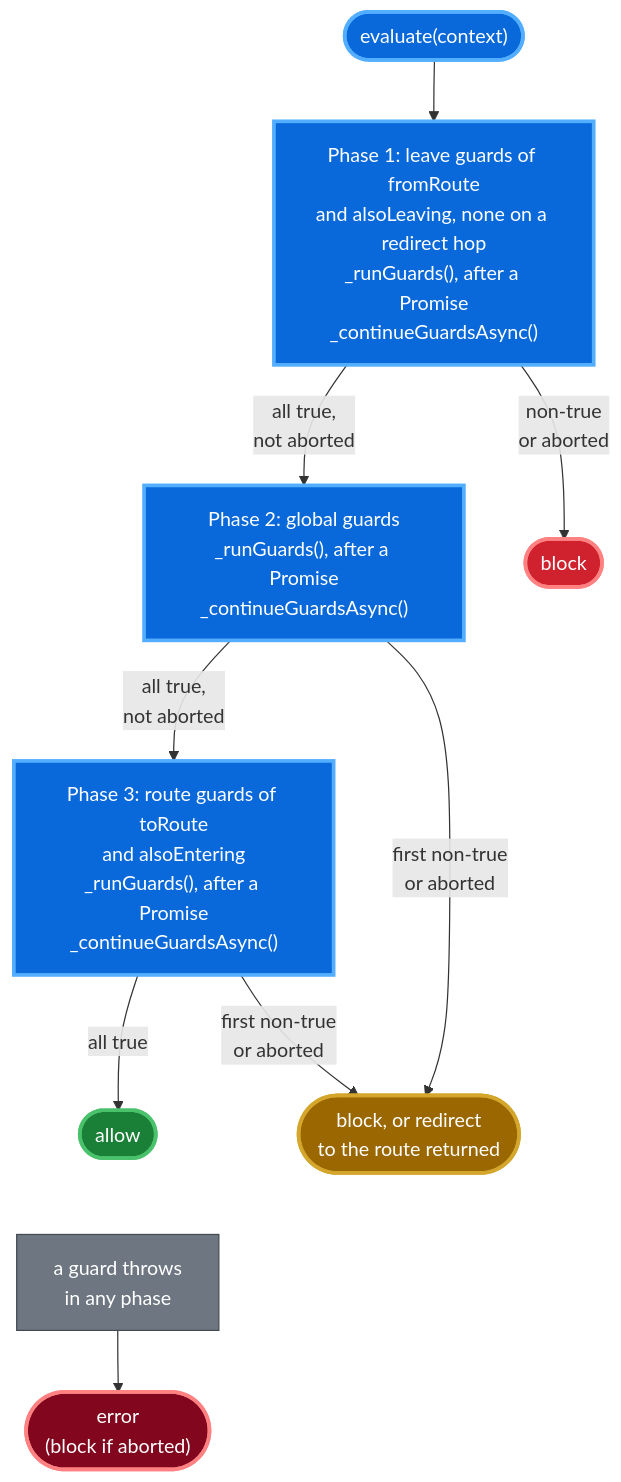
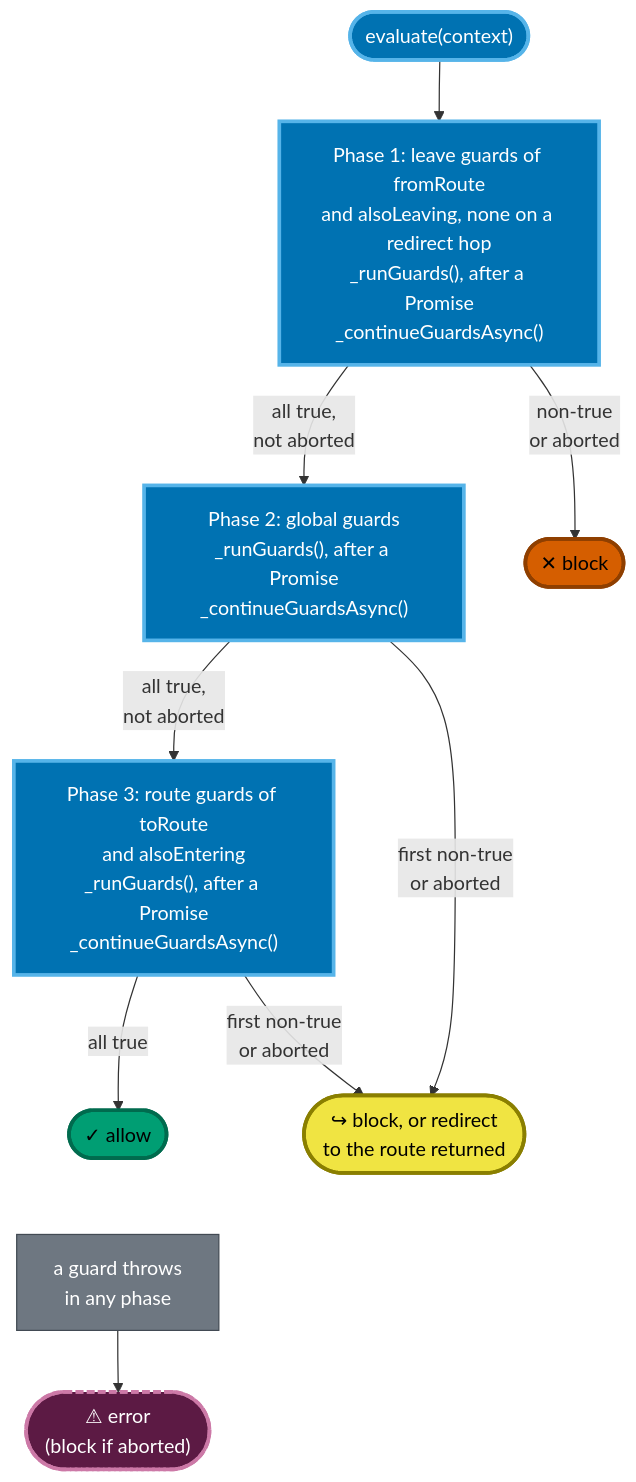
Before and after one commit to wridgeu/ui5-lib-guard-router: the fifth of 12 diagrams in docs/reference/architecture.md, drawn with Mermaid. The commit also changed other lines of this file and 4 other files, not shown here.

First line of the commit message:
docs: take the diagram colours from the Okabe-Ito set and mark each outcome with a symbol

````diff
--- a/docs/reference/architecture.md
+++ b/docs/reference/architecture.md
@@ -638,27 +638,27 @@
 ```mermaid
 flowchart TD
     start(["evaluate(context)"]) --> p1["Phase 1: leave guards of fromRoute<br/>and alsoLeaving, none on a redirect hop<br/>_runGuards(), after a Promise<br/>_continueGuardsAsync()"]
     p1 -- "all true,<br/>not aborted" --> p2["Phase 2: global guards<br/>_runGuards(), after a Promise<br/>_continueGuardsAsync()"]
     p2 -- "all true,<br/>not aborted" --> p3["Phase 3: route guards of toRoute<br/>and alsoEntering<br/>_runGuards(), after a Promise<br/>_continueGuardsAsync()"]
-    p3 -- "all true" --> allow(["allow"])
+    p3 -- "all true" --> allow(["✓ allow"])
 
-    p1 -- "non-true<br/>or aborted" --> block(["block"])
-    p2 -- "first non-true<br/>or aborted" --> result(["block, or redirect<br/>to the route returned"])
+    p1 -- "non-true<br/>or aborted" --> block(["✕ block"])
+    p2 -- "first non-true<br/>or aborted" --> result(["↪ block, or redirect<br/>to the route returned"])
     p3 -- "first non-true<br/>or aborted" --> result
 
     allow ~~~ throws["a guard throws<br/>in any phase"]
-    throws --> error(["error<br/>(block if aborted)"])
+    throws --> error(["⚠ error<br/>(block if aborted)"])
 
     classDef native fill:#6e7781,stroke:#424a53,color:#ffffff
-    classDef added fill:#0969da,stroke:#54aeff,stroke-width:3px,color:#ffffff
-    classDef commit fill:#1a7f37,stroke:#4ac26b,stroke-width:3px,color:#ffffff
-    classDef redirect fill:#9a6700,stroke:#d4a72c,stroke-width:3px,color:#ffffff
-    classDef block fill:#cf222e,stroke:#ff8182,stroke-width:3px,color:#ffffff
-    classDef error fill:#82071e,stroke:#ff8182,stroke-width:3px,color:#ffffff
+    classDef added fill:#0072B2,stroke:#56B4E9,stroke-width:3px,color:#ffffff
+    classDef commit fill:#009E73,stroke:#006b4e,stroke-width:3px,color:#000000
+    classDef redirect fill:#F0E442,stroke:#8a7f00,stroke-width:3px,color:#000000
+    classDef block fill:#D55E00,stroke:#8f3f00,stroke-width:3px,color:#000000
+    classDef error fill:#5c1a44,stroke:#CC79A7,stroke-width:3px,stroke-dasharray:6 3,color:#ffffff
     class throws native
     class start,p1,p2,p3 added
     class allow commit
     class result redirect
     class block block
     class error error
 ```
````
